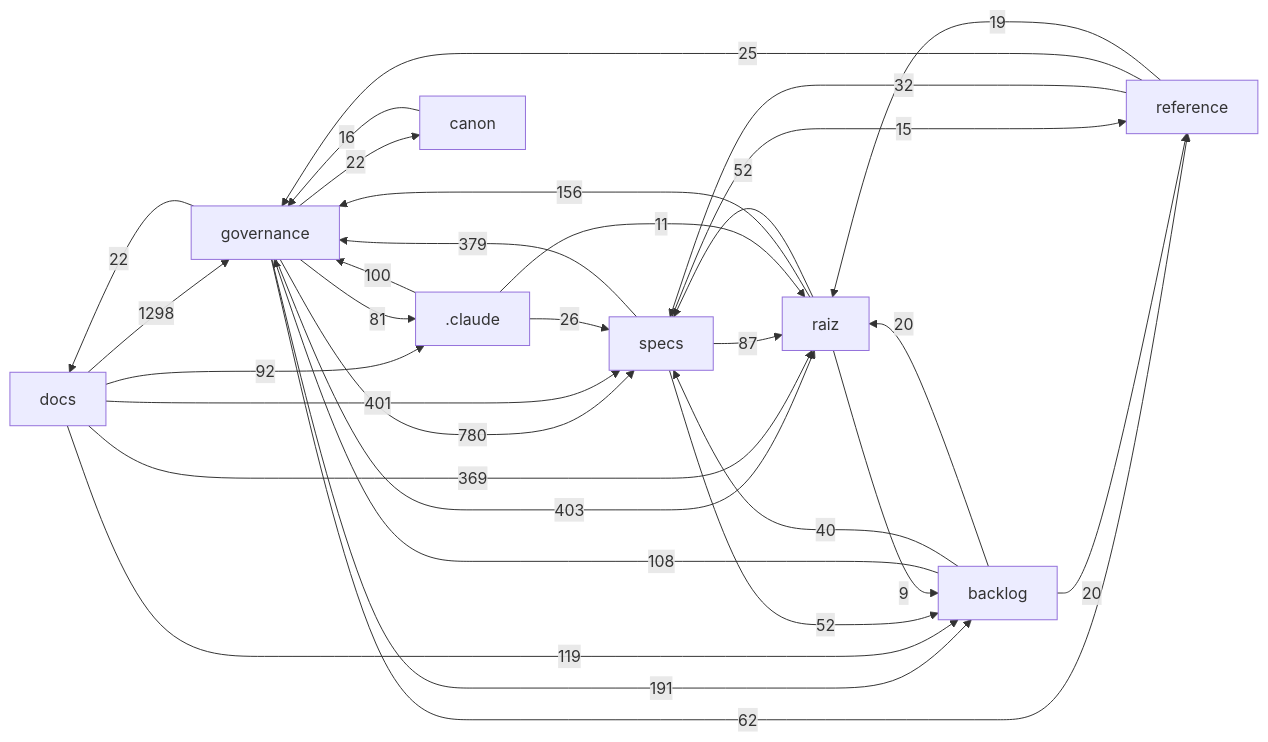
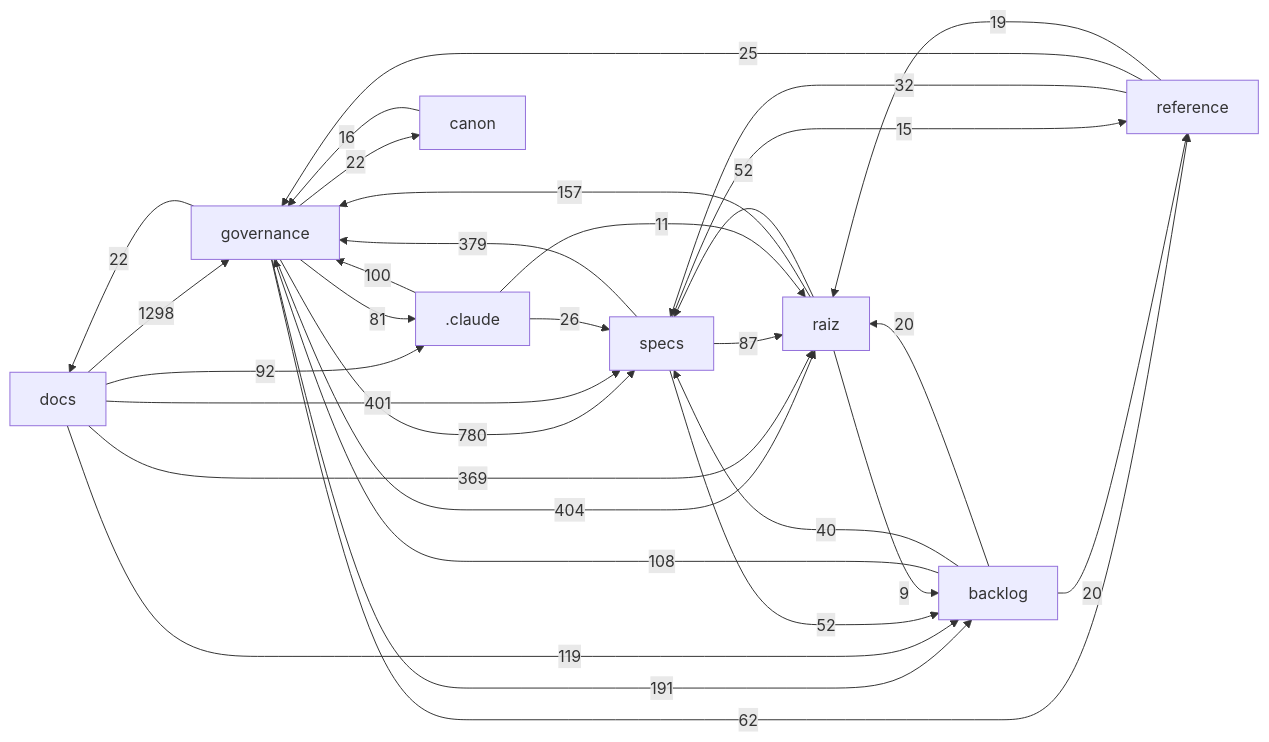
One commit to Andraus35/Sistema-Operacional-de-Trading--SOT changed the diagram in docs/mapa/MAPA-PROJETO.md. Above: the diagram before and after it, drawn with Mermaid. The commit also changed other lines of this file and 9 other files, not shown here.

````diff
--- a/docs/mapa/MAPA-PROJETO.md
+++ b/docs/mapa/MAPA-PROJETO.md
@@ -29,33 +29,33 @@
 ```mermaid
 flowchart LR
   docs["docs"] -->|1298| governance["governance"]
   governance["governance"] -->|780| specs["specs"]
-  governance["governance"] -->|403| raiz["raiz"]
+  governance["governance"] -->|404| raiz["raiz"]
   docs["docs"] -->|401| specs["specs"]
   specs["specs"] -->|379| governance["governance"]
   docs["docs"] -->|369| raiz["raiz"]
   governance["governance"] -->|191| backlog["backlog"]
-  raiz["raiz"] -->|156| governance["governance"]
+  raiz["raiz"] -->|157| governance["governance"]
   docs["docs"] -->|119| backlog["backlog"]
   backlog["backlog"] -->|108| governance["governance"]
   _claude[".claude"] -->|100| governance["governance"]
   docs["docs"] -->|92| _claude[".claude"]
   specs["specs"] -->|87| raiz["raiz"]
   governance["governance"] -->|81| _claude[".claude"]
   governance["governance"] -->|62| reference["reference"]
   raiz["raiz"] -->|52| specs["specs"]
   specs["specs"] -->|52| backlog["backlog"]
   backlog["backlog"] -->|40| specs["specs"]
   reference["reference"] -->|32| specs["specs"]
   _claude[".claude"] -->|26| specs["specs"]
   reference["reference"] -->|25| governance["governance"]
   governance["governance"] -->|22| docs["docs"]
   governance["governance"] -->|22| canon["canon"]
   backlog["backlog"] -->|20| raiz["raiz"]
   backlog["backlog"] -->|20| reference["reference"]
   reference["reference"] -->|19| raiz["raiz"]
   canon["canon"] -->|16| governance["governance"]
   specs["specs"] -->|15| reference["reference"]
   _claude[".claude"] -->|11| raiz["raiz"]
   raiz["raiz"] -->|9| backlog["backlog"]
 ```
````
